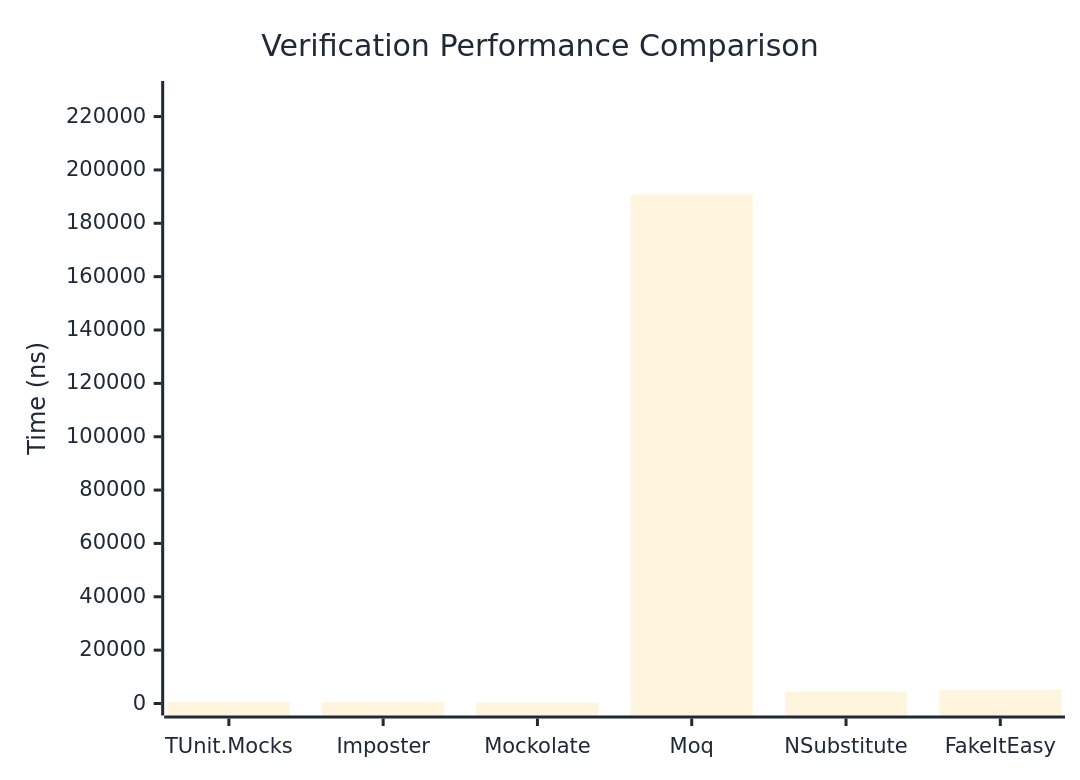
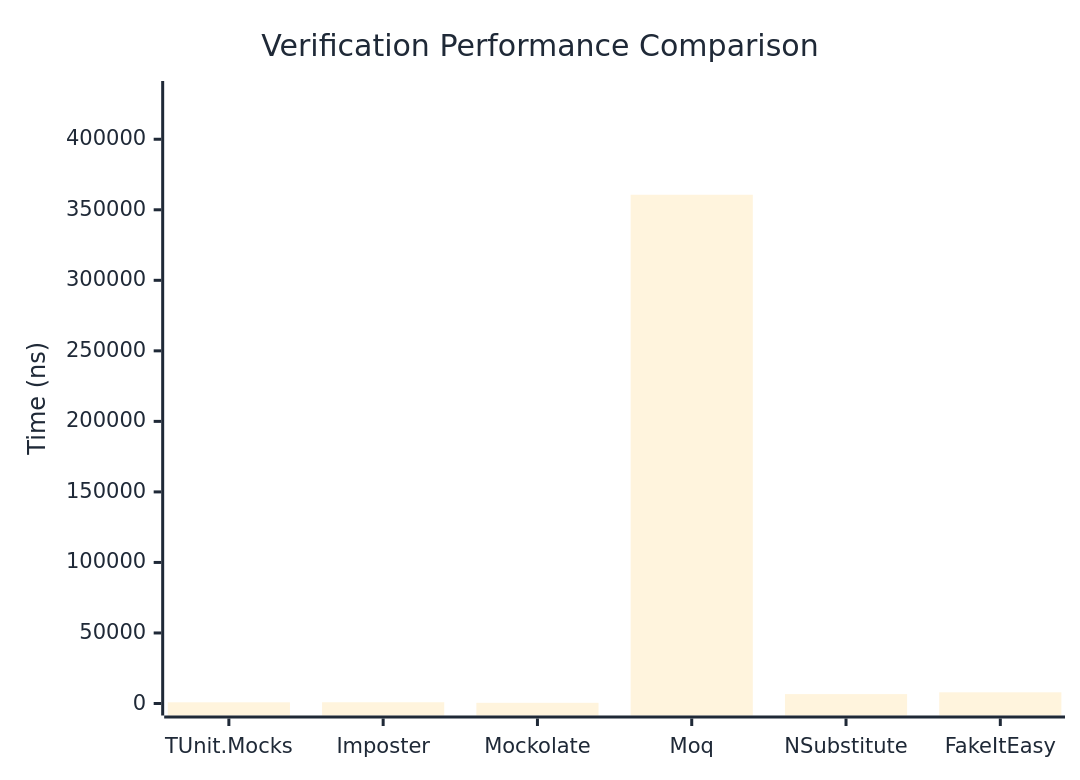
One commit to thomhurst/TUnit changed the first of 3 diagrams in docs/docs/benchmarks/mocks/Verification.md. Above: the diagram before and after it, drawn with Mermaid. The commit also changed other lines of this file and 14 other files, not shown here.

````diff
--- a/docs/docs/benchmarks/mocks/Verification.md
+++ b/docs/docs/benchmarks/mocks/Verification.md
@@ -30,27 +30,27 @@
 ```mermaid
 %%{init: {
   'theme':'base',
   'themeVariables': {
     'primaryColor': '#2563eb',
     'primaryTextColor': '#1f2937',
     'primaryBorderColor': '#1e40af',
     'lineColor': '#6b7280',
     'secondaryColor': '#7c3aed',
     'tertiaryColor': '#dc2626',
     'background': '#ffffff',
     'pie1': '#2563eb',
     'pie2': '#7c3aed',
     'pie3': '#dc2626',
     'pie4': '#f59e0b',
     'pie5': '#10b981',
     'pie6': '#06b6d4',
     'pie7': '#ec4899',
     'pie8': '#6366f1'
   }
 }}%%
 xychart-beta
   title "Verification Performance Comparison"
   x-axis ["TUnit.Mocks", "Imposter", "Mockolate", "Moq", "NSubstitute", "FakeItEasy"]
-  y-axis "Time (ns)" 0 --> 228834
-  bar [572.48, 526.78, 305.86, 190694.43, 4440.29, 5114.93]
+  y-axis "Time (ns)" 0 --> 432789
+  bar [850.61, 883.33, 482.71, 360656.91, 6660.3, 7936.47]
 ```
````
